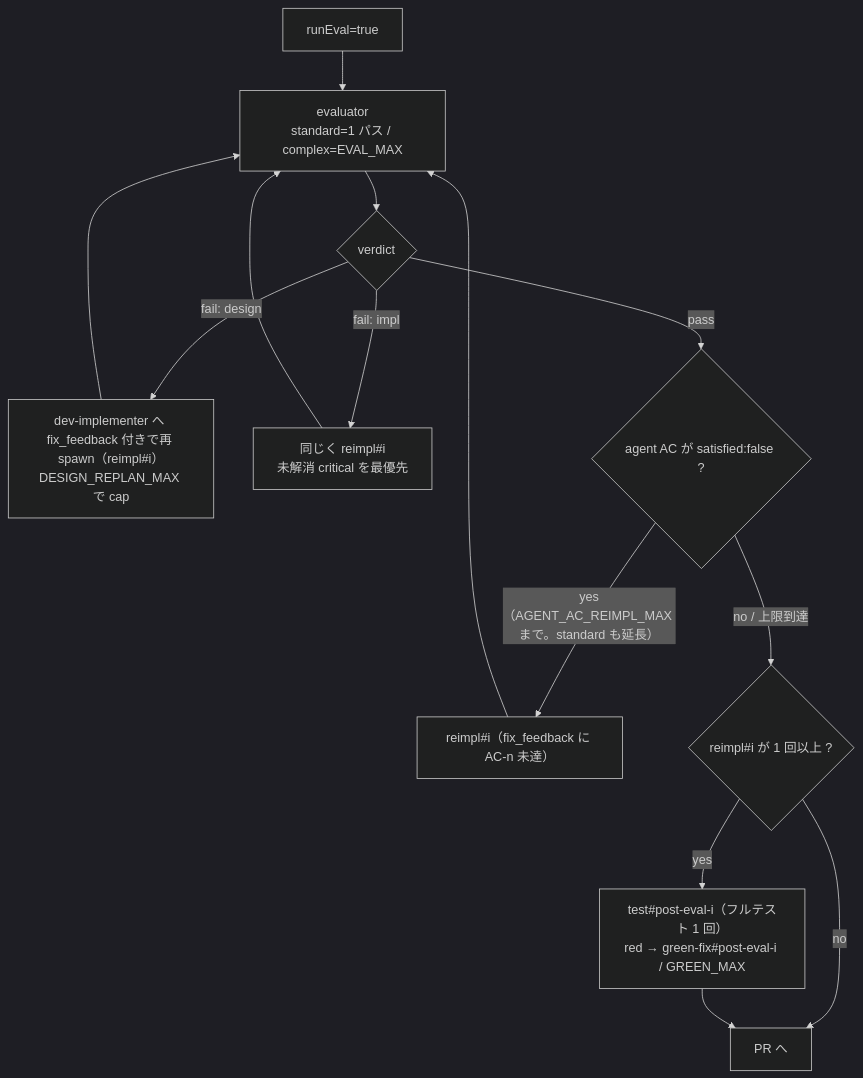
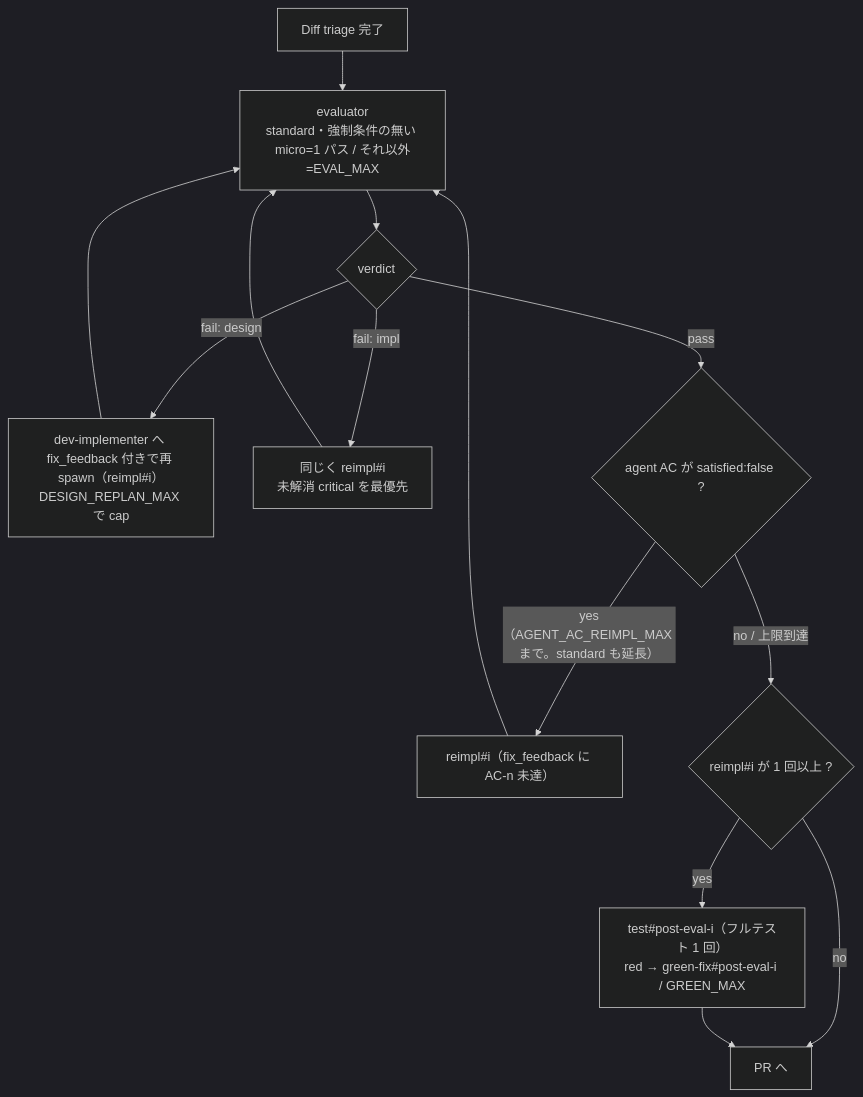
The seventh of 13 diagrams in docs/dev-flow-atlas.md (it-all-playpark/claude-plugins), drawn with Mermaid (dark theme) before and after one commit. The commit also changed other lines of this file and 24 other files, not shown here.

First line of the commit message:
fix(dev-flow): micro の run でも evaluator に AC を判定させ、AI が判定できる AC を人間のレビューに回さない (#1382)

````diff
--- a/docs/dev-flow-atlas.md
+++ b/docs/dev-flow-atlas.md
@@ -202,16 +202,16 @@
 ```mermaid
 flowchart TD
-    IN["runEval=true"] --> E1["evaluator<br/>standard=1 パス / complex=EVAL_MAX"]
+    IN["Diff triage 完了"] --> E1["evaluator<br/>standard・強制条件の無い micro=1 パス / それ以外=EVAL_MAX"]
     E1 --> E2{"verdict"}
     E2 -->|"fail: design"| E3["dev-implementer へ fix_feedback 付きで再 spawn（reimpl#i）<br/>DESIGN_REPLAN_MAX で cap"]
     E3 --> E1
     E2 -->|"fail: impl"| E4["同じく reimpl#i<br/>未解消 critical を最優先"]
     E4 --> E1
     E2 -->|pass| A0{"agent AC が satisfied:false ?"}
     A0 -->|"yes（AGENT_AC_REIMPL_MAX まで。standard も延長）"| E5["reimpl#i（fix_feedback に AC-n 未達）"]
     E5 --> E1
     A0 -->|"no / 上限到達"| P0{"reimpl#i が 1 回以上 ?"}
     P0 -->|no| OUT["PR へ"]
     P0 -->|yes| P1["test#post-eval-i（フルテスト 1 回）<br/>red → green-fix#post-eval-i / GREEN_MAX"]
     P1 --> OUT
 ```
````
